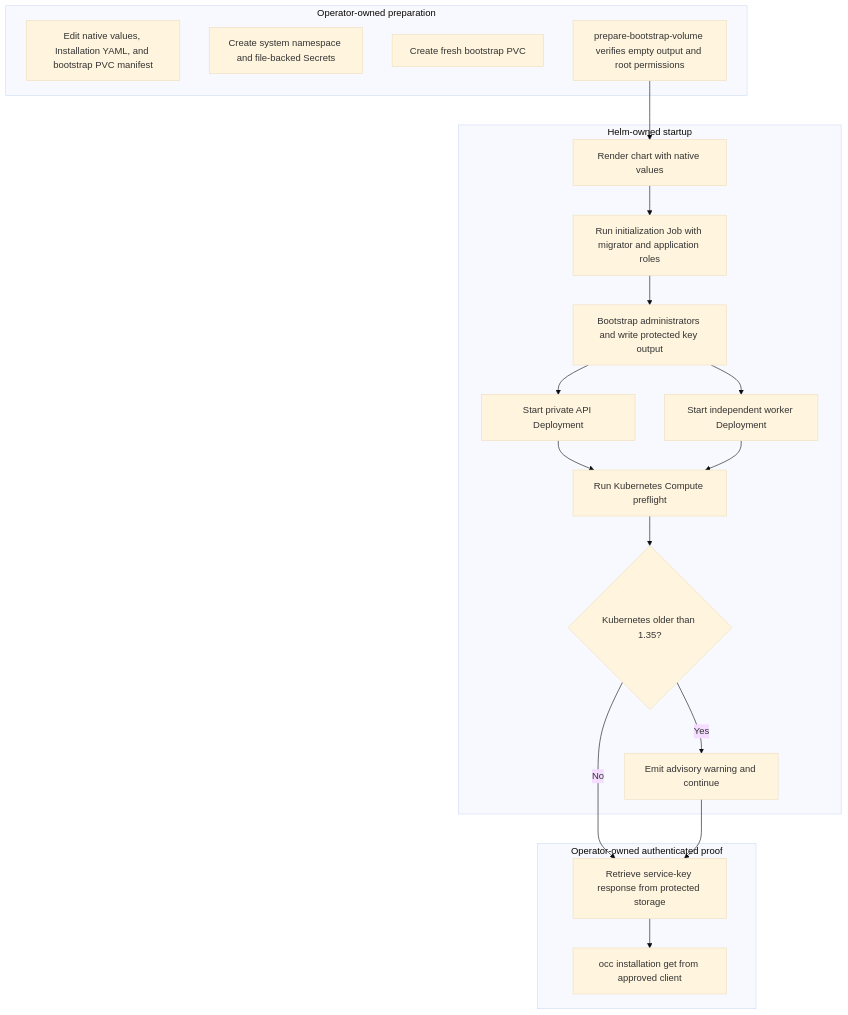
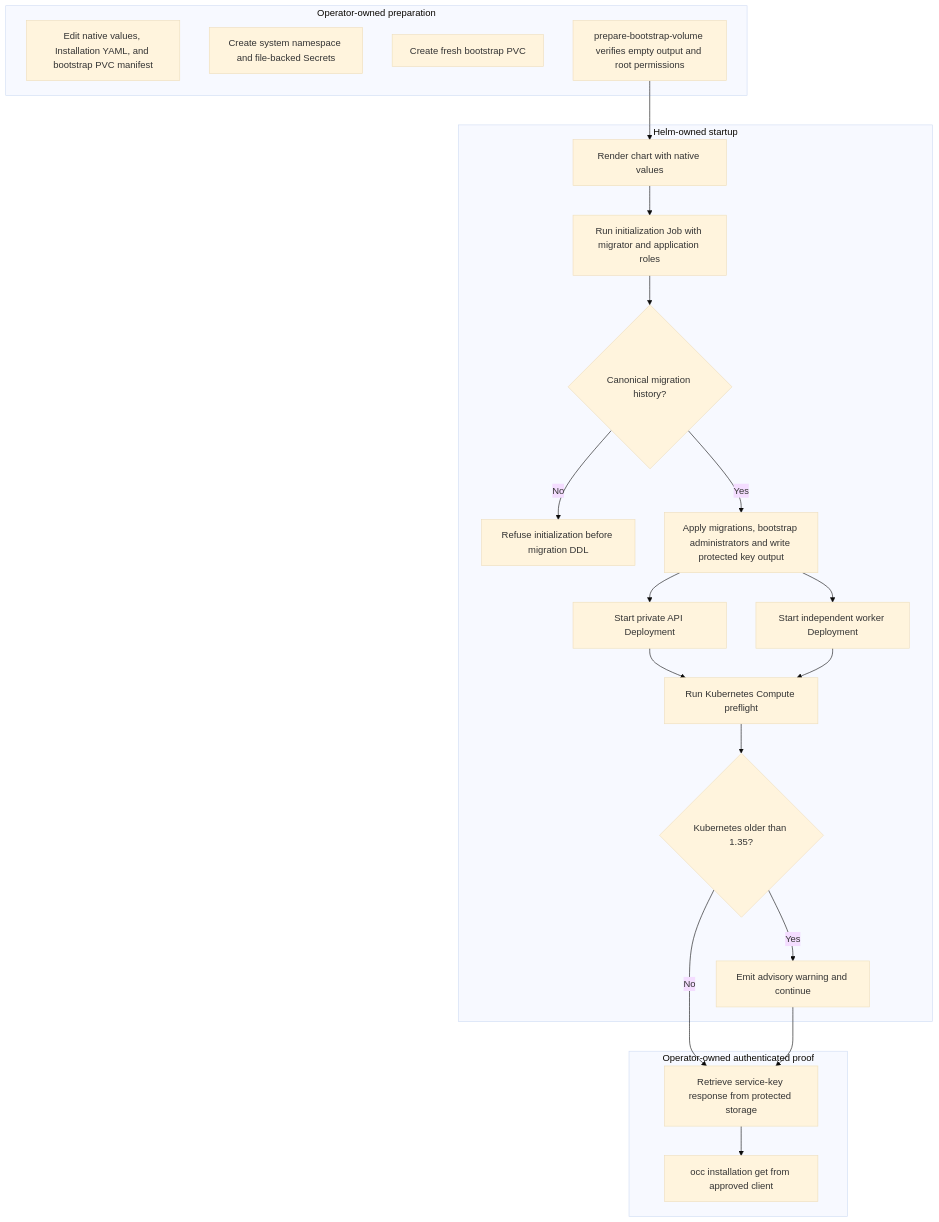
Before and after one commit to IsaiahStapleton/openclaw-enterprise: the diagram in docs/flows/production-startup.md, drawn with Mermaid (base theme). The commit also changed other lines of this file and 11 other files, not shown here.

Commit message:
Guard canonical PostgreSQL migration history

````diff
--- a/docs/flows/production-startup.md
+++ b/docs/flows/production-startup.md
@@ -38,25 +38,27 @@
 ```mermaid
 graph TD
     subgraph Operator["Operator-owned preparation"]
         A["Edit native values, Installation YAML, and bootstrap PVC manifest"]
         B["Create system namespace and file-backed Secrets"]
         C["Create fresh bootstrap PVC"]
         D["prepare-bootstrap-volume verifies empty output and root permissions"]
     end
     subgraph Helm["Helm-owned startup"]
         D --> E["Render chart with native values"]
         E --> F["Run initialization Job with migrator and application roles"]
-        F --> G["Bootstrap administrators and write protected key output"]
+        F --> O{"Canonical migration history?"}
+        O -->|No| P["Refuse initialization before migration DDL"]
+        O -->|Yes| G["Apply migrations, bootstrap administrators and write protected key output"]
         G --> H["Start private API Deployment"]
         G --> I["Start independent worker Deployment"]
         H --> L["Run Kubernetes Compute preflight"]
         I --> L
         L --> M{"Kubernetes older than 1.35?"}
         M -->|Yes| N["Emit advisory warning and continue"]
     end
     subgraph Proof["Operator-owned authenticated proof"]
         M -->|No| J["Retrieve service-key response from protected storage"]
         N --> J
         J --> K["occ installation get from approved client"]
     end
 ```
````
